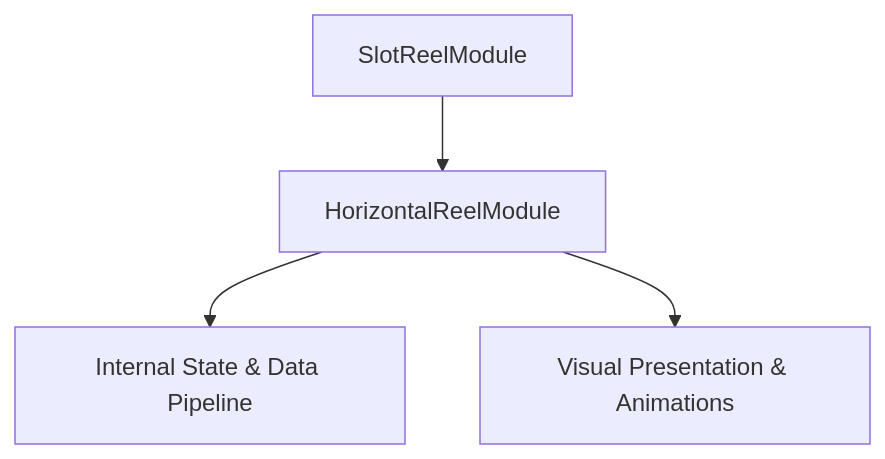
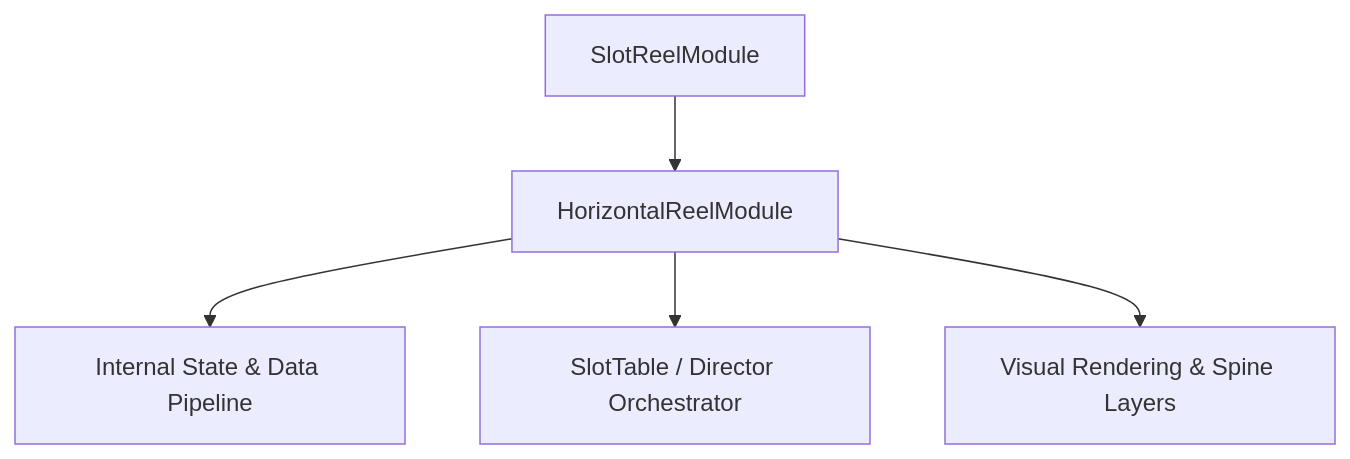
Before and after one commit to lam-ark/mcp-fwcc: the diagram in docs/cc_slot_mechanics/modules/HorizontalReelModule/01_overview/01_architecture_and_role.md, drawn with Mermaid. The commit also changed other lines of this file and 2509 other files, not shown here.

````diff
--- a/docs/cc_slot_mechanics/modules/HorizontalReelModule/01_overview/01_architecture_and_role.md
+++ b/docs/cc_slot_mechanics/modules/HorizontalReelModule/01_overview/01_architecture_and_role.md
@@ -18,6 +24,7 @@
 ```mermaid
 graph TD
-    Parent[SlotReelModule] --> Mod[HorizontalReelModule]
-    Mod --> State[Internal State & Data Pipeline]
-    Mod --> Render[Visual Presentation & Animations]
+    SuperClass[SlotReelModule] --> TargetClass[HorizontalReelModule]
+    TargetClass --> DataPipeline[Internal State & Data Pipeline]
+    TargetClass --> Orchestrator[SlotTable / Director Orchestrator]
+    TargetClass --> ViewLayer[Visual Rendering & Spine Layers]
 ```
````
